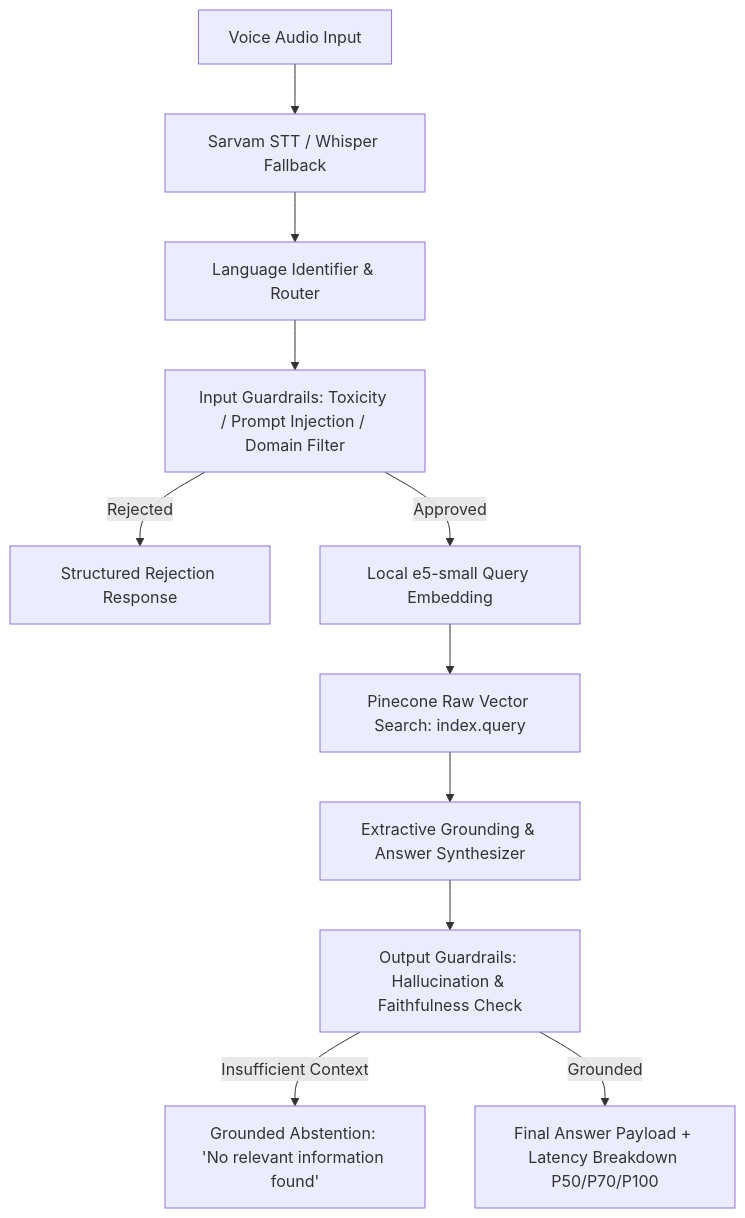
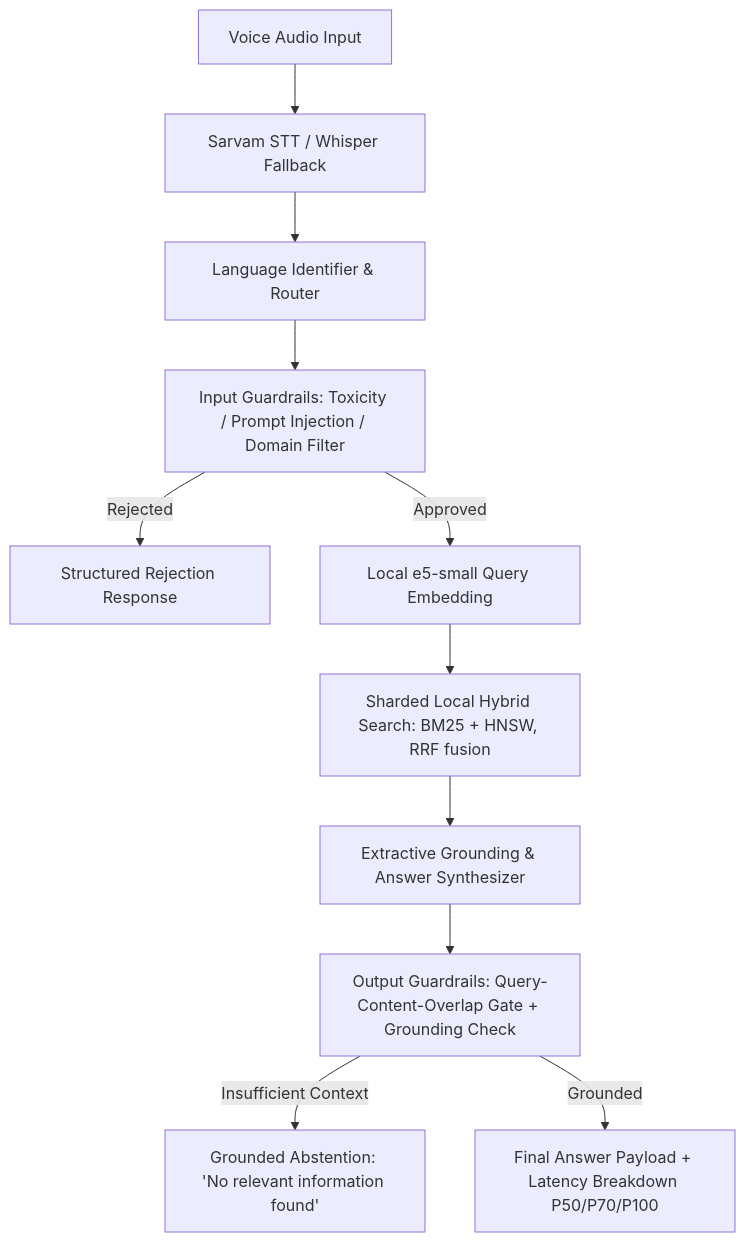
Before and after one commit to arvus3005/geeks: the second of 2 diagrams in README.md, drawn with Mermaid. The commit also changed other lines of this file, not shown here.

First line of the commit message:
docs: rewrite README for the local-hybrid, Pinecone-free architecture

````diff
--- a/README.md
+++ b/README.md
@@ -183,13 +221,13 @@
 ```mermaid
 flowchart TD
     A[Voice Audio Input] --> B[Sarvam STT / Whisper Fallback]
     B --> C[Language Identifier & Router]
     C --> D[Input Guardrails: Toxicity / Prompt Injection / Domain Filter]
     D -- Rejected --> E[Structured Rejection Response]
     D -- Approved --> F[Local e5-small Query Embedding]
-    F --> G[Pinecone Raw Vector Search: index.query]
+    F --> G[Sharded Local Hybrid Search: BM25 + HNSW, RRF fusion]
     G --> H[Extractive Grounding & Answer Synthesizer]
-    H --> I[Output Guardrails: Hallucination & Faithfulness Check]
+    H --> I[Output Guardrails: Query-Content-Overlap Gate + Grounding Check]
     I -- Insufficient Context --> J[Grounded Abstention: 'No relevant information found']
     I -- Grounded --> K[Final Answer Payload + Latency Breakdown P50/P70/P100]
 ```
````
